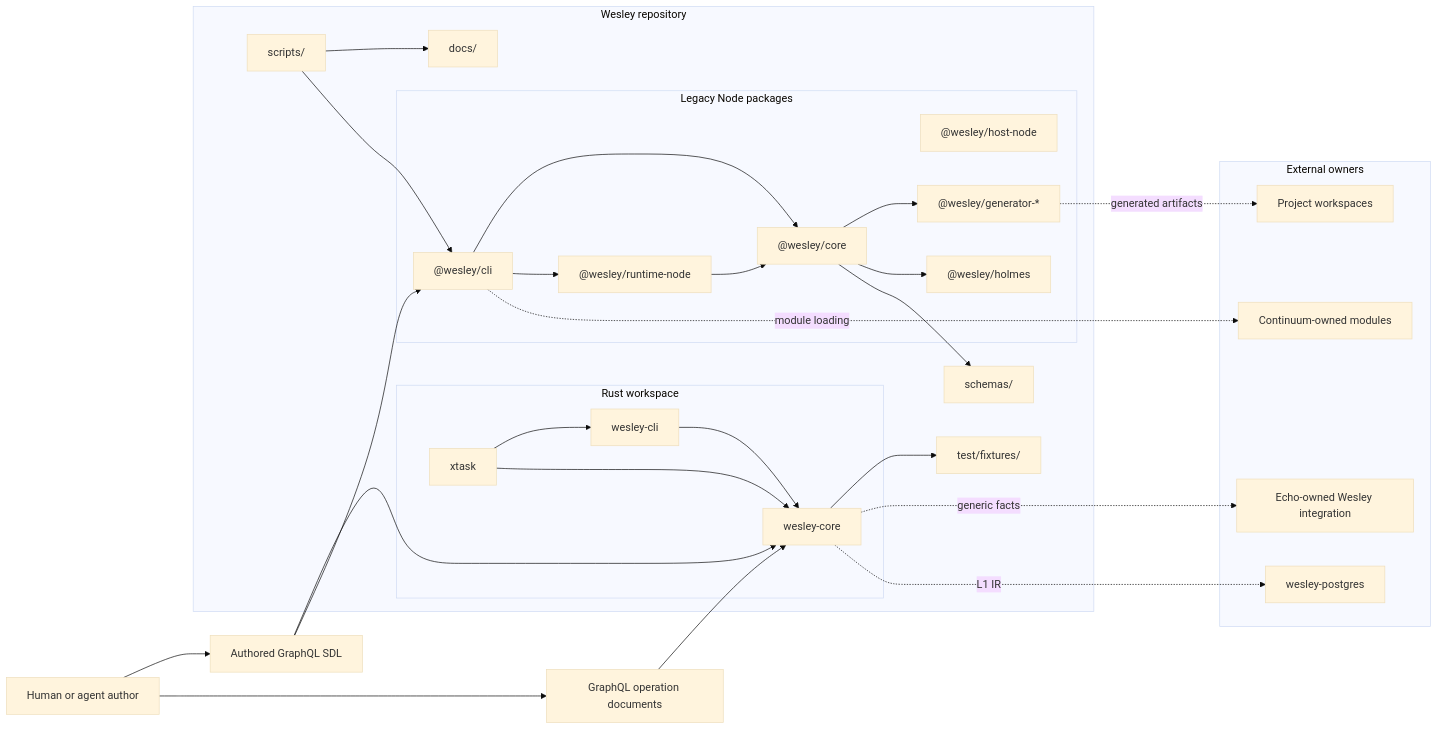
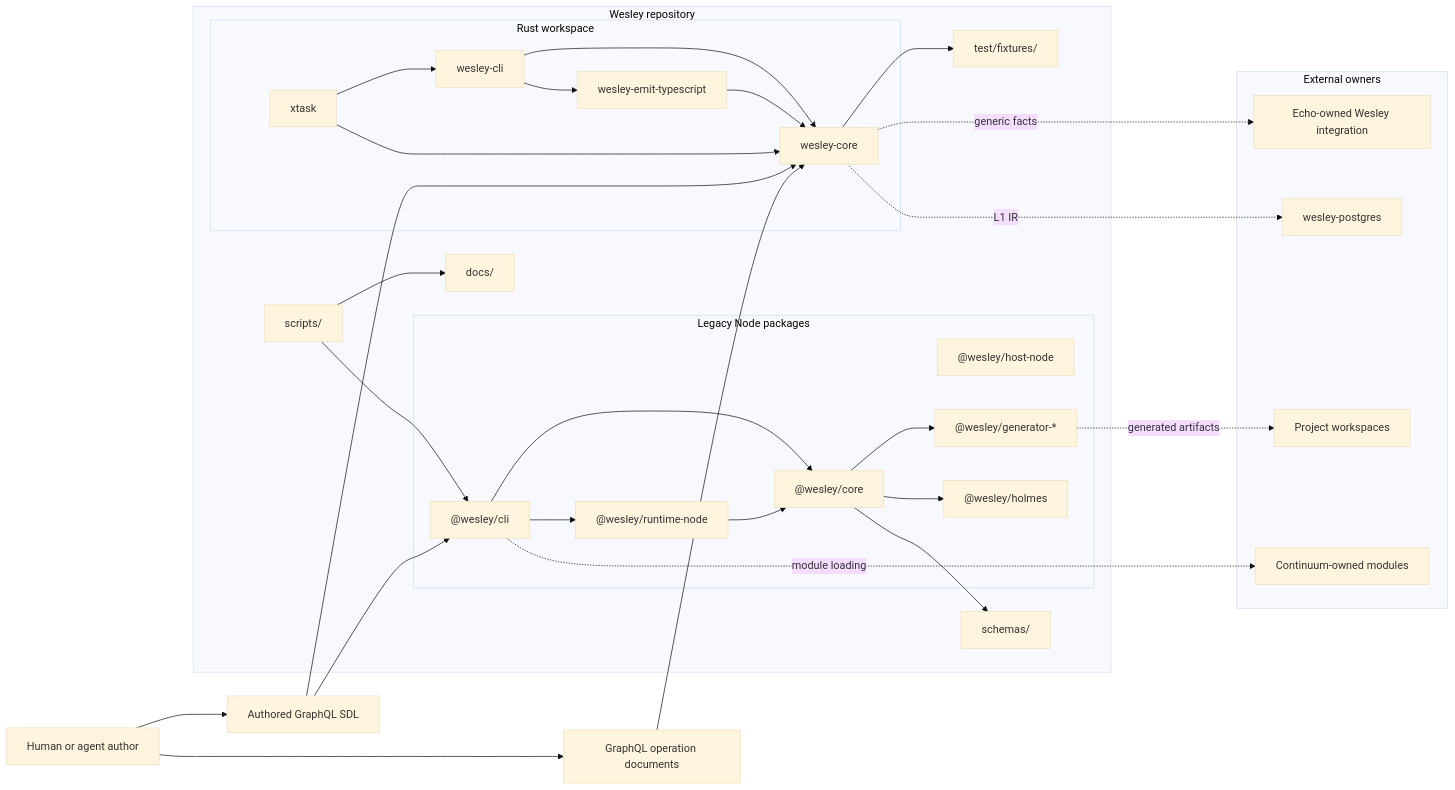
Before and after one commit to flyingrobots/wesley: the first of 9 diagrams in docs/ARCHITECTURE.md, drawn with Mermaid (base theme). The commit also changed other lines of this file and 13 other files, not shown here.

Commit message:
feat(emit): add rust typescript emitter

````diff
--- a/docs/ARCHITECTURE.md
+++ b/docs/ARCHITECTURE.md
@@ -48,57 +49,60 @@
 ```mermaid
 flowchart LR
     Author[Human or agent author] --> SDL[Authored GraphQL SDL]
     Author --> OP[GraphQL operation documents]
 
     subgraph WesleyRepo["Wesley repository"]
         subgraph Rust["Rust workspace"]
             Core[wesley-core]
+            TsEmitter[wesley-emit-typescript]
             NativeCli[wesley-cli]
             Xtask[xtask]
         end
 
         subgraph Node["Legacy Node packages"]
             JsCore["@wesley/core"]
             JsCli["@wesley/cli"]
             Runtime["@wesley/runtime-node"]
             HostNode["@wesley/host-node"]
             Generators["@wesley/generator-*"]
             Holmes["@wesley/holmes"]
         end
 
         Docs[docs/]
         Schemas[schemas/]
         Fixtures[test/fixtures/]
         Scripts[scripts/]
     end
 
     subgraph External["External owners"]
         Echo[Echo-owned Wesley integration]
         Postgres[wesley-postgres]
         Continuum[Continuum-owned modules]
         Apps[Project workspaces]
     end
 
     SDL --> Core
     OP --> Core
     NativeCli --> Core
+    NativeCli --> TsEmitter
+    TsEmitter --> Core
     Xtask --> NativeCli
     Xtask --> Core
 
     SDL --> JsCli
     JsCli --> JsCore
     JsCli --> Runtime
     Runtime --> JsCore
     JsCore --> Generators
     JsCore --> Holmes
 
     Core --> Fixtures
     JsCore --> Schemas
     Scripts --> Docs
     Scripts --> JsCli
 
     Core -. generic facts .-> Echo
     Core -. L1 IR .-> Postgres
     JsCli -. module loading .-> Continuum
     Generators -. generated artifacts .-> Apps
 ```
````
